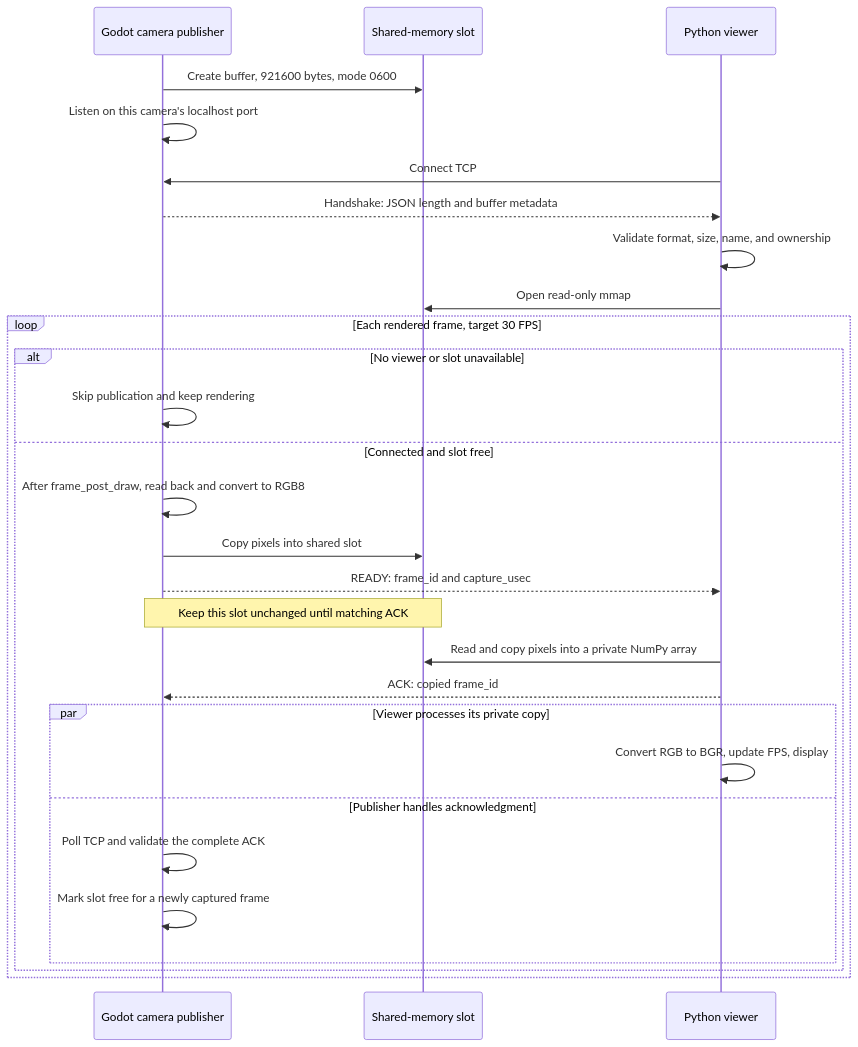
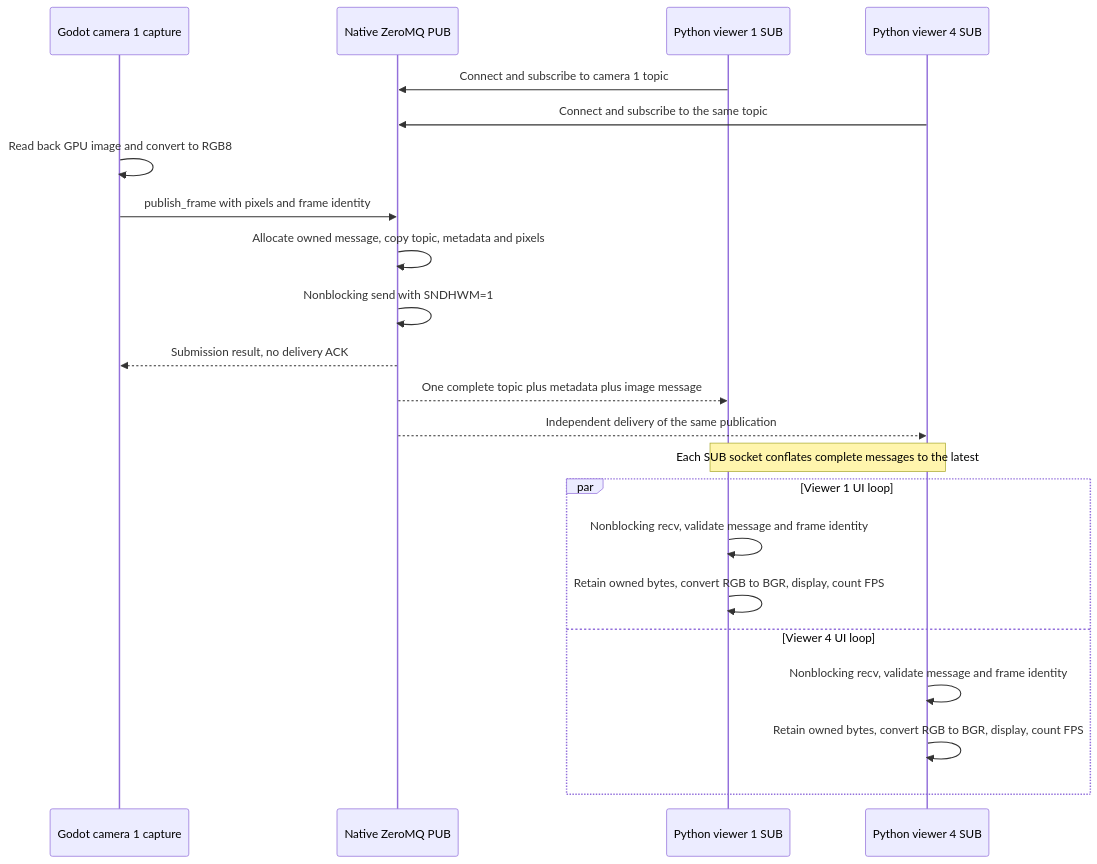
The second of 2 diagrams in README.md (robobe/godot_camera_publish), drawn with Mermaid before and after one commit. The commit also changed other lines of this file and 17 other files, not shown here.

Commit message:
Add ZeroMQ camera demo with tuned buffers and benchmarks

````diff
--- a/README.md
+++ b/README.md
@@ -130,32 +108,24 @@
 ```mermaid
 sequenceDiagram
-    participant G as Godot camera publisher
-    participant M as Shared-memory slot
-    participant V as Python viewer
-
-    G->>M: Create buffer, 921600 bytes, mode 0600
-    G->>G: Listen on this camera's localhost port
-    V->>G: Connect TCP
-    G-->>V: Handshake: JSON length and buffer metadata
-    V->>V: Validate format, size, name, and ownership
-    V->>M: Open read-only mmap
-
-    loop Each rendered frame, target 30 FPS
-        alt No viewer or slot unavailable
-            G->>G: Skip publication and keep rendering
-        else Connected and slot free
-            G->>G: After frame_post_draw, read back and convert to RGB8
-            G->>M: Copy pixels into shared slot
-            G-->>V: READY: frame_id and capture_usec
-            Note over G,M: Keep this slot unchanged until matching ACK
-            V->>M: Read and copy pixels into a private NumPy array
-            V-->>G: ACK: copied frame_id
-            par Viewer processes its private copy
-                V->>V: Convert RGB to BGR, update FPS, display
-            and Publisher handles acknowledgment
-                G->>G: Poll TCP and validate the complete ACK
-                G->>G: Mark slot free for a newly captured frame
-            end
-        end
+    participant G as Godot camera 1 capture
+    participant N as Native ZeroMQ PUB
+    participant V1 as Python viewer 1 SUB
+    participant V4 as Python viewer 4 SUB
+    V1->>N: Connect and subscribe to camera 1 topic
+    V4->>N: Connect and subscribe to the same topic
+    G->>G: Read back GPU image and convert to RGB8
+    G->>N: publish_frame with pixels and frame identity
+    N->>N: Allocate owned message, copy topic, metadata and pixels
+    N->>N: Nonblocking send with SNDHWM=1
+    N-->>G: Submission result, no delivery ACK
+    N-->>V1: One complete topic plus metadata plus image message
+    N-->>V4: Independent delivery of the same publication
+    Note over V1,V4: Each SUB socket conflates complete messages to the latest
+    par Viewer 1 UI loop
+        V1->>V1: Nonblocking recv, validate message and frame identity
+        V1->>V1: Retain owned bytes, convert RGB to BGR, display, count FPS
+    and Viewer 4 UI loop
+        V4->>V4: Nonblocking recv, validate message and frame identity
+        V4->>V4: Retain owned bytes, convert RGB to BGR, display, count FPS
     end
 ```
````
